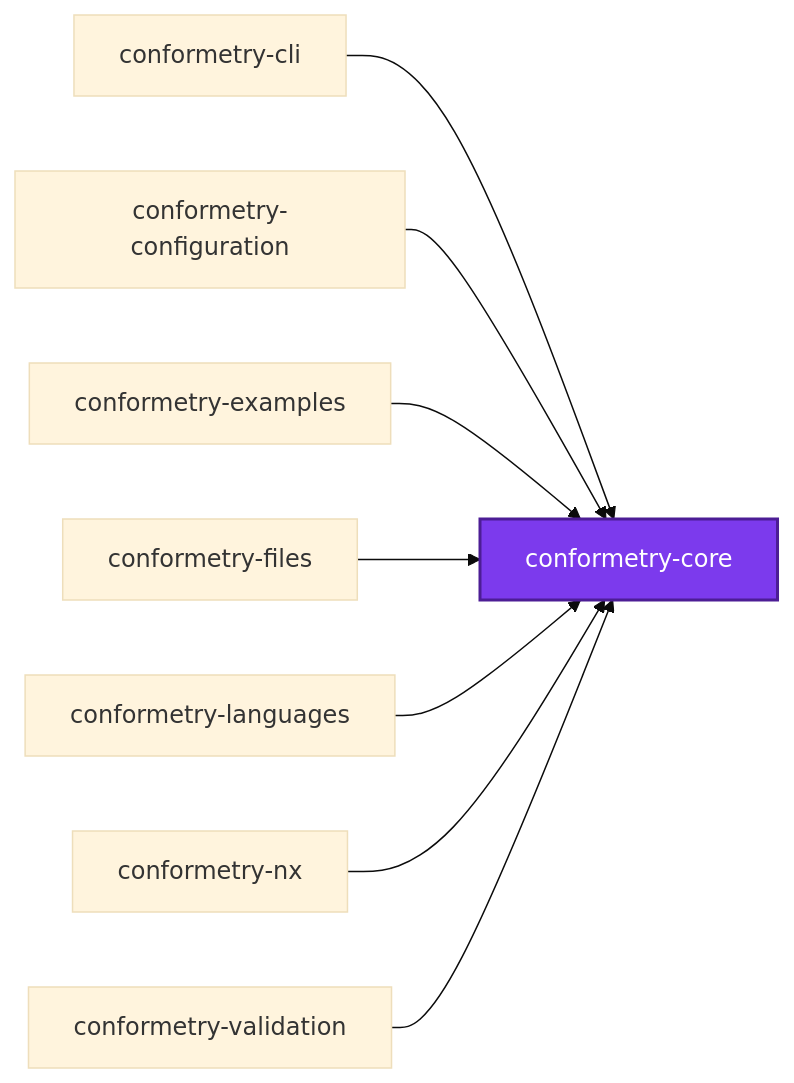
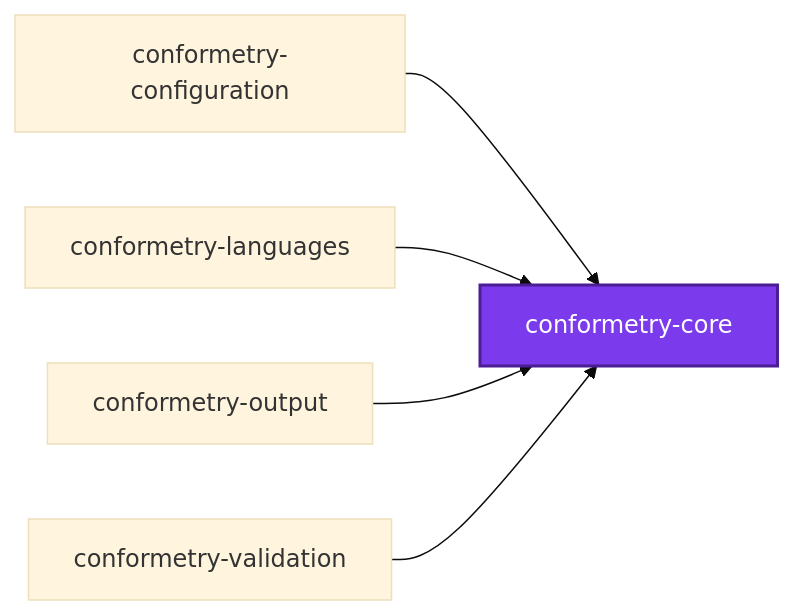
Before and after one commit to JimmyPaolini/codebase: the first of 3 diagrams in packages/ic-suite/conformetry/conformetry-core/README.md, drawn with Mermaid (base theme). The commit also changed other lines of this file and 164 other files, not shown here.

````diff
--- a/packages/ic-suite/conformetry/conformetry-core/README.md
+++ b/packages/ic-suite/conformetry/conformetry-core/README.md
@@ -179,20 +158,14 @@
 ```mermaid
 graph LR
-  conformetry_cli["conformetry-cli"]
   conformetry_configuration["conformetry-configuration"]
   conformetry_core["conformetry-core"]
-  conformetry_examples["conformetry-examples"]
-  conformetry_files["conformetry-files"]
   conformetry_languages["conformetry-languages"]
-  conformetry_nx["conformetry-nx"]
+  conformetry_output["conformetry-output"]
   conformetry_validation["conformetry-validation"]
-  conformetry_cli --> conformetry_core
   conformetry_configuration --> conformetry_core
-  conformetry_examples --> conformetry_core
-  conformetry_files --> conformetry_core
   conformetry_languages --> conformetry_core
-  conformetry_nx --> conformetry_core
+  conformetry_output --> conformetry_core
   conformetry_validation --> conformetry_core
   classDef subject fill:#7c3aed,color:#fff,stroke:#4c1d95,stroke-width:2px
   class conformetry_core subject
 ```
````
